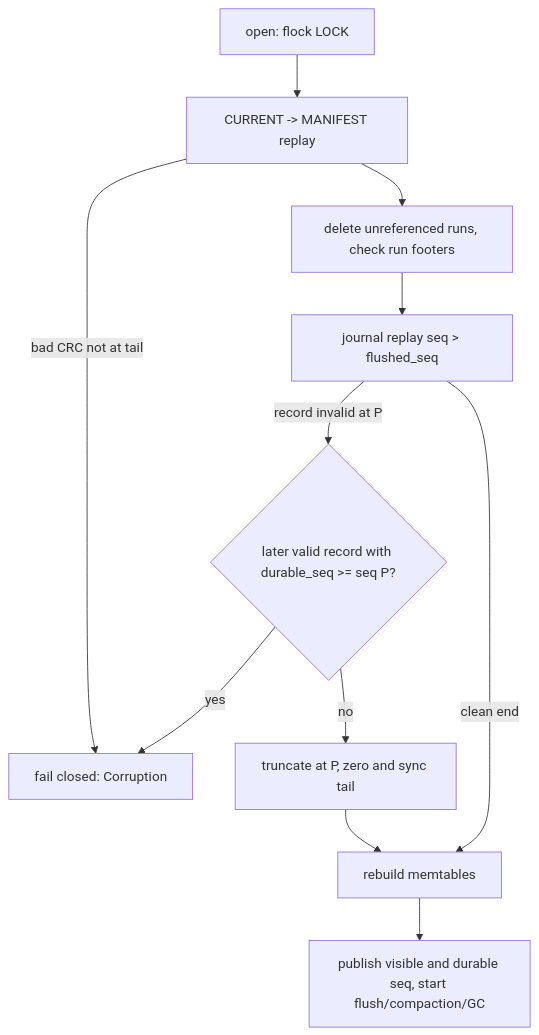
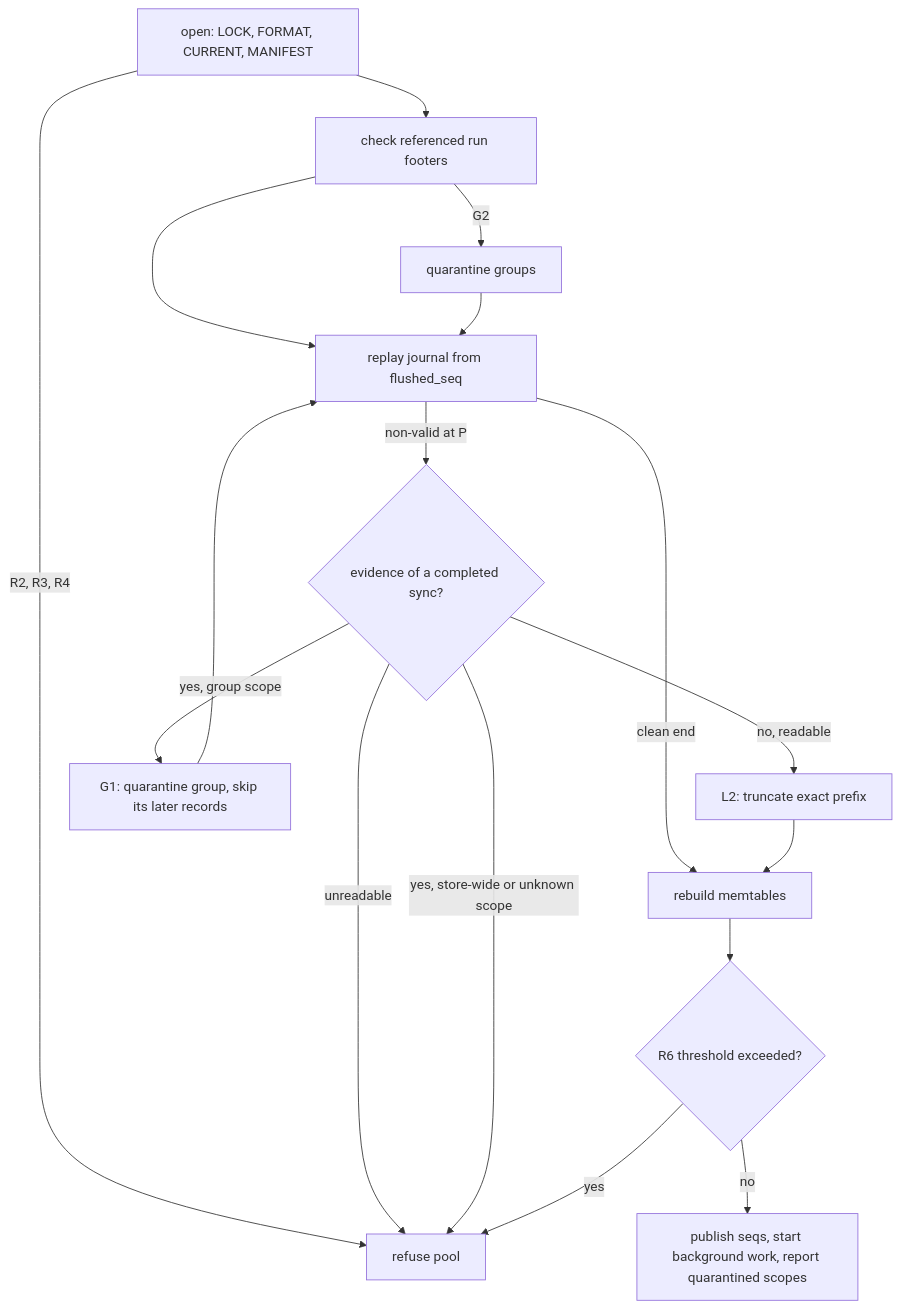
The second of 2 diagrams in plans/native-storage-engine.md (nabedra/database), drawn with Mermaid before and after one commit. The commit also changed other lines of this file, not shown here.

````diff
--- a/plans/native-storage-engine.md
+++ b/plans/native-storage-engine.md
@@ -143,13 +231,17 @@
 ```mermaid
 flowchart TD
-    A[open: flock LOCK] --> B[CURRENT -> MANIFEST replay]
-    B -->|bad CRC not at tail| X[fail closed: Corruption]
-    B --> C[delete unreferenced runs, check run footers]
-    C --> D[journal replay seq > flushed_seq]
-    D -->|record invalid at P| E{later valid record with durable_seq >= seq P?}
-    E -->|yes| X
-    E -->|no| F[truncate at P, zero and sync tail]
-    D -->|clean end| G[rebuild memtables]
-    F --> G
-    G --> H[publish visible and durable seq, start flush/compaction/GC]
+    A[open: LOCK, FORMAT, CURRENT, MANIFEST] -->|R2, R3, R4| X[refuse pool]
+    A --> B[check referenced run footers]
+    B -->|G2| Qg[quarantine groups]
+    B --> C[replay journal from flushed_seq]
+    C -->|clean end| G[rebuild memtables]
+    C -->|non-valid at P| E{evidence of a completed sync?}
+    E -->|no, readable| T[L2: truncate exact prefix] --> G
+    E -->|unreadable| X
+    E -->|yes, group scope| Qg2[G1: quarantine group, skip its later records] --> C
+    E -->|yes, store-wide or unknown scope| X
+    Qg --> C
+    G --> H{R6 threshold exceeded?}
+    H -->|yes| X
+    H -->|no| P[publish seqs, start background work, report quarantined scopes]
 ```
````
